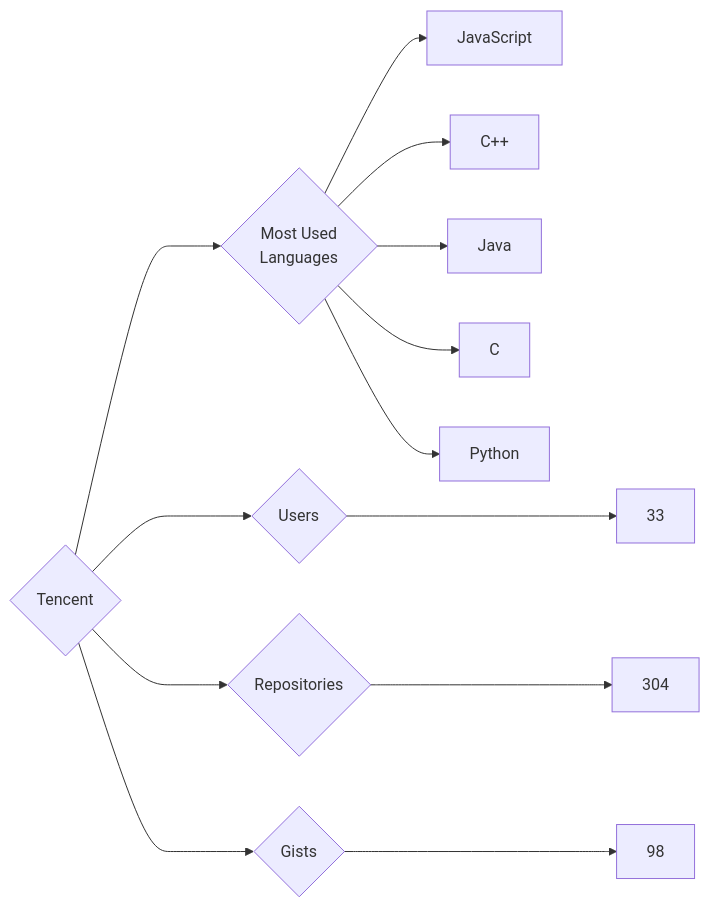
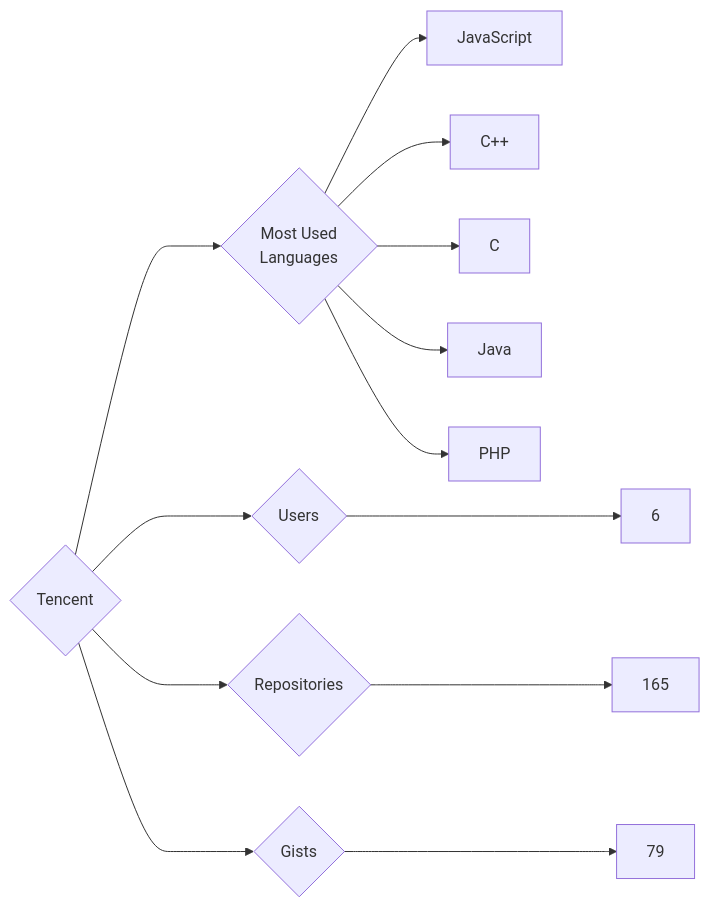
Before and after one commit to trickest/insiders: the diagram in targets/Tencent/README.md, drawn with Mermaid. The commit also changed 973 other files, not shown here.

````diff
--- a/targets/Tencent/README.md
+++ b/targets/Tencent/README.md
@@ -3,13 +3,13 @@
 ```mermaid
 graph LR
 COMPANY_NAME{Tencent}
-COMPANY_NAME ---> U{Users} ---> UN[33]
-COMPANY_NAME ---> R{Repositories} ---> RN[304]
-COMPANY_NAME ---> G{Gists} ---> GN[98]
+COMPANY_NAME ---> U{Users} ---> UN[6]
+COMPANY_NAME ---> R{Repositories} ---> RN[165]
+COMPANY_NAME ---> G{Gists} ---> GN[79]
 COMPANY_NAME ---> ML{Most Used<br>Languages}
 ML --> JavaScript[JavaScript]
 ML --> C++[C++]
+ML --> C[C]
 ML --> Java[Java]
-ML --> C[C]
-ML --> Python[Python]
+ML --> PHP[PHP]
 ```
````
